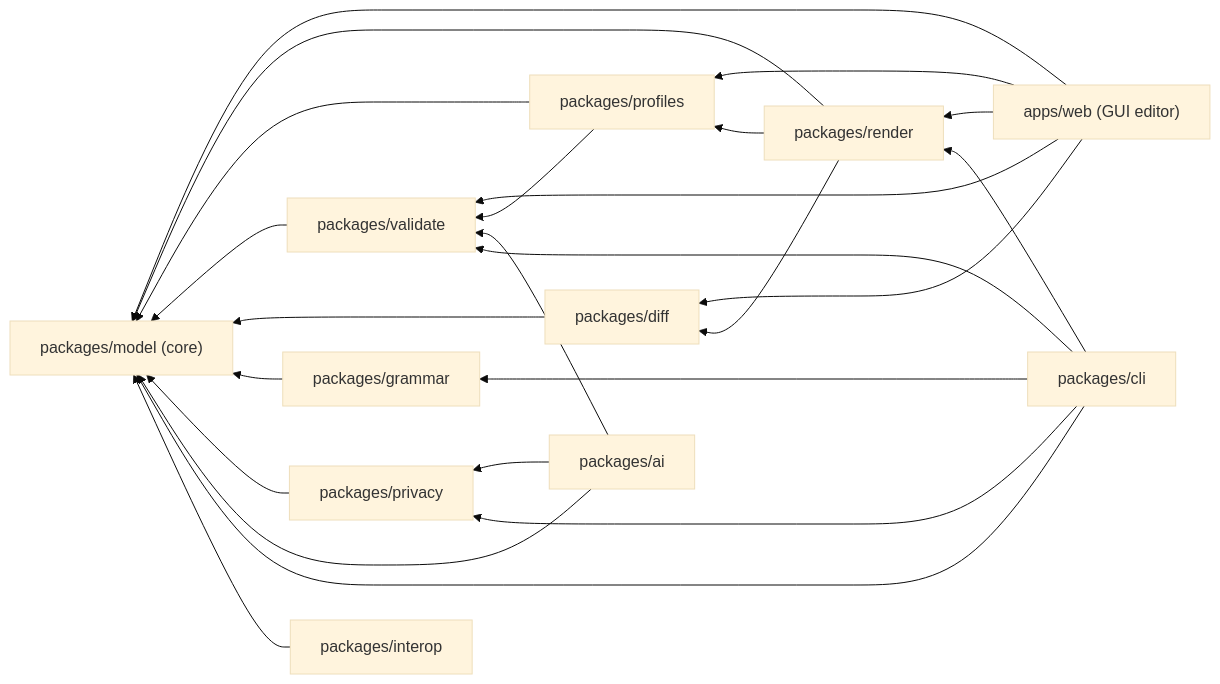
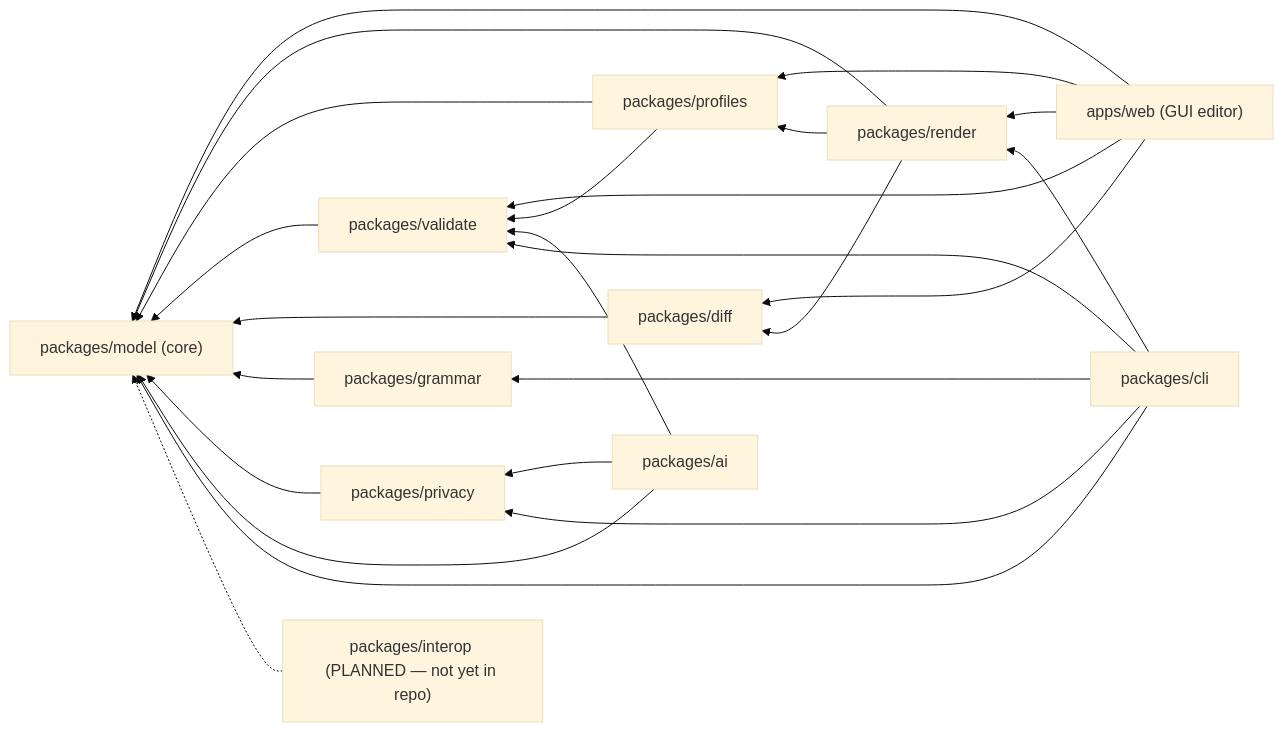
The diagram in sdd/README.md (Pipeliner/psyuml), drawn with Mermaid (base theme) before and after one commit. The commit also changed other lines of this file and 3 other files, not shown here.

````diff
--- a/sdd/README.md
+++ b/sdd/README.md
@@ -55,27 +55,27 @@
 ```mermaid
 flowchart RL
     web["apps/web (GUI editor)"] --> render
     web --> validate
     web --> profiles
     web --> diff
     web --> model
     render["packages/render"] --> profiles
     render --> diff
     render --> model
     profiles["packages/profiles"] --> validate
     profiles --> model
     validate["packages/validate"] --> model
     diff["packages/diff"] --> model
     grammar["packages/grammar"] --> model
     privacy["packages/privacy"] --> model
     ai["packages/ai"] --> validate
     ai --> privacy
     ai --> model
     cli["packages/cli"] --> validate
     cli --> render
     cli --> grammar
     cli --> privacy
     cli --> model
-    interop["packages/interop"] --> model
+    interop["packages/interop (PLANNED — not yet in repo)"] -.-> model
     model["packages/model (core)"]
 ```
````
